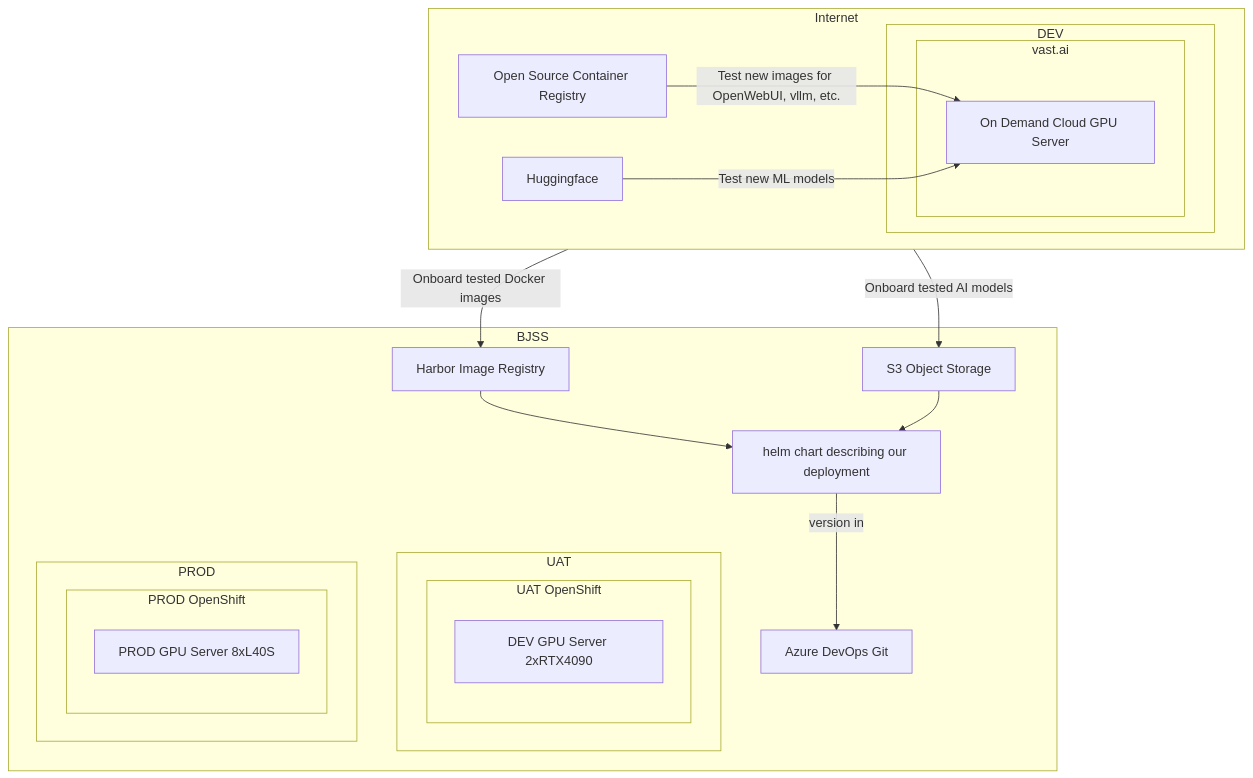
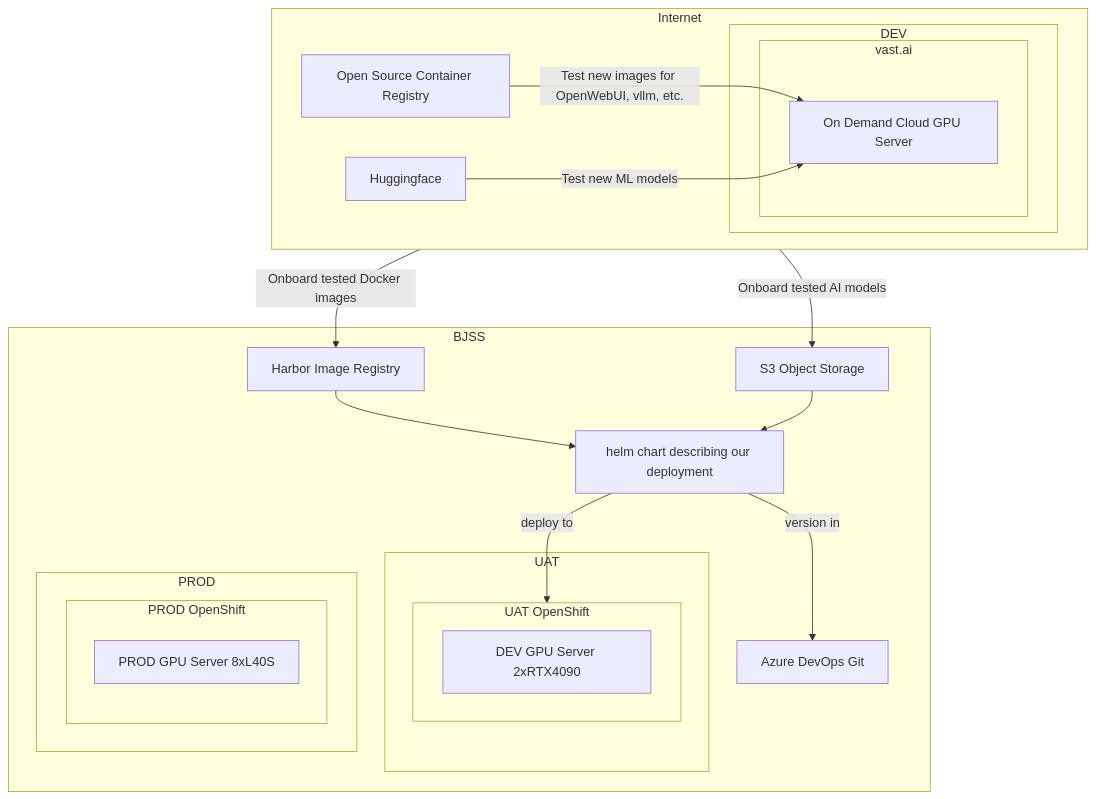
One commit to tim-roethig/ai-platform changed the second of 2 diagrams in README.md. Above: the diagram before and after it, drawn with Mermaid.

````diff
--- a/README.md
+++ b/README.md
@@ -63,57 +63,59 @@
 ```mermaid
 graph TD
     A[Open Source Container Registry]
     HF[Huggingface]
     B[On Demand Cloud GPU Server]
     HELM[helm chart describing our deployment]
     C[Harbor Image Registry]
     D[Azure DevOps Git]
     S3[S3 Object Storage]
     E[DEV GPU Server 2xRTX4090]
     F[PROD GPU Server 8xL40S]
 
     subgraph VAST_AI[vast.ai]
         B
     end
     subgraph UAT_OC[UAT OpenShift]
         E
     end
     subgraph PROD_OC[PROD OpenShift]
         F
     end
 
     subgraph DEV[DEV]
         VAST_AI
     end
     subgraph UAT[UAT]
         UAT_OC
     end
     subgraph PROD[PROD]
         PROD_OC
     end
 
     subgraph BJSS[BJSS]
         C
         D
         S3
         HELM
         UAT
         PROD
     end
 
     subgraph Internet[Internet]
         A
         HF
         DEV
     end
 
     A -- Test new images for OpenWebUI, vllm, etc. --> B
     HF -- Test new ML models --> B
 
     Internet -- Onboard tested Docker images --> C
     Internet -- Onboard tested AI models --> S3
 
     HELM -- version in --> D
     C --> HELM
     S3 --> HELM
+
+    HELM -- deploy to --> UAT_OC
 ```
````
